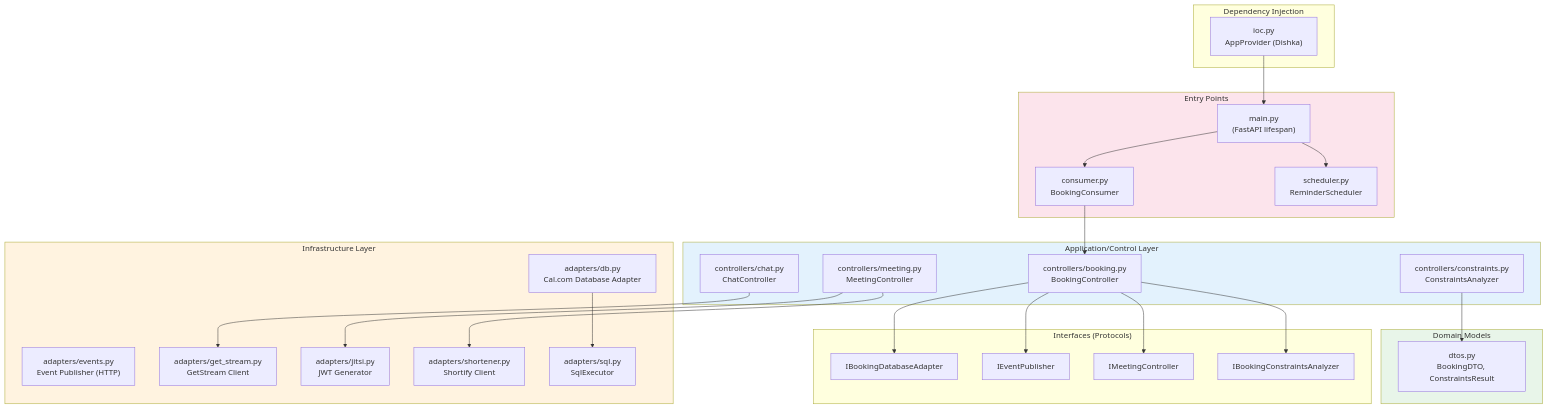
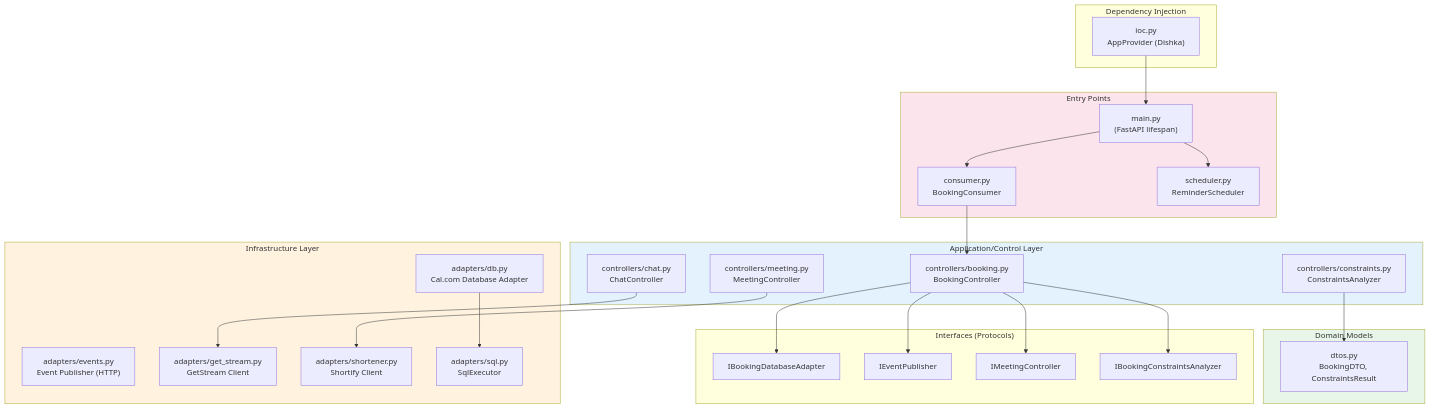
One commit to Lelikov/events changed the diagram in event-booking/docs/SERVICE_OVERVIEW.md. Above: the diagram before and after it, drawn with Mermaid. The commit also changed other lines of this file and 4 other files, not shown here.

````diff
--- a/event-booking/docs/SERVICE_OVERVIEW.md
+++ b/event-booking/docs/SERVICE_OVERVIEW.md
@@ -109,54 +110,53 @@
 ```mermaid
 graph TB
     subgraph Entry["Entry Points"]
         MAIN["main.py<br/>(FastAPI lifespan)"]
         CONSUMER["consumer.py<br/>BookingConsumer"]
         SCHEDULER["scheduler.py<br/>ReminderScheduler"]
     end
 
     subgraph Application["Application/Control Layer"]
         BC["controllers/booking.py<br/>BookingController"]
         CC["controllers/chat.py<br/>ChatController"]
         MC["controllers/meeting.py<br/>MeetingController"]
         CA["controllers/constraints.py<br/>ConstraintsAnalyzer"]
     end
 
     subgraph Domain["Domain Models"]
         DTOs["dtos.py<br/>BookingDTO, ConstraintsResult"]
     end
 
     subgraph Infrastructure["Infrastructure Layer"]
         DB["adapters/db.py<br/>Cal.com Database Adapter"]
         EP["adapters/events.py<br/>Event Publisher (HTTP)"]
         GS["adapters/get_stream.py<br/>GetStream Client"]
-        JW["adapters/jitsi.py<br/>JWT Generator"]
         SH["adapters/shortener.py<br/>Shortify Client"]
         SQL["adapters/sql.py<br/>SqlExecutor"]
     end
 
     subgraph Interfaces["Interfaces (Protocols)"]
         IDB["IBookingDatabaseAdapter"]
         IEP["IEventPublisher"]
         IMC["IMeetingController"]
         ICA["IBookingConstraintsAnalyzer"]
     end
 
     subgraph DI["Dependency Injection"]
         IOC["ioc.py<br/>AppProvider (Dishka)"]
     end
 
     MAIN --> CONSUMER
     MAIN --> SCHEDULER
     CONSUMER --> BC
     BC --> IDB & IEP & IMC & ICA
     CC --> GS
-    MC --> JW & SH
+    MC --> SH
     CA --> DTOs
     IOC --> MAIN
     DB --> SQL
 
     style Domain fill:#e8f5e9
     style Application fill:#e3f2fd
     style Infrastructure fill:#fff3e0
     style Entry fill:#fce4ec
 ```
````
